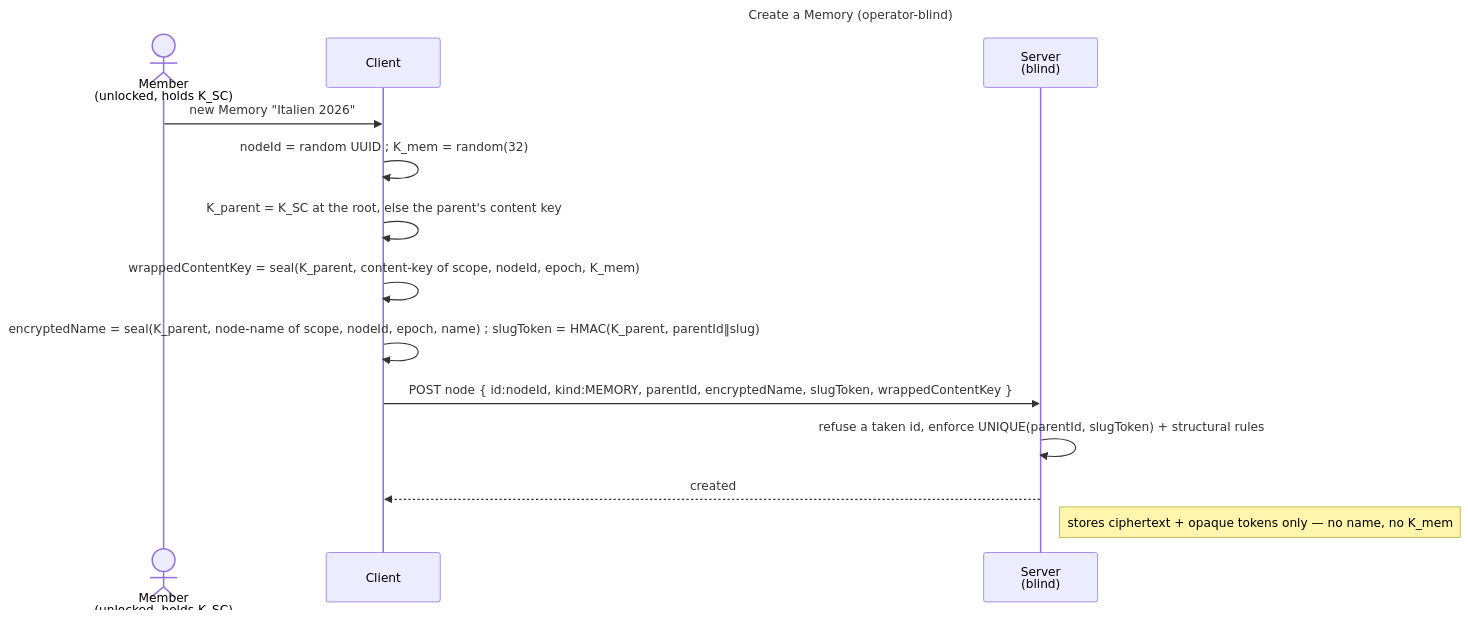
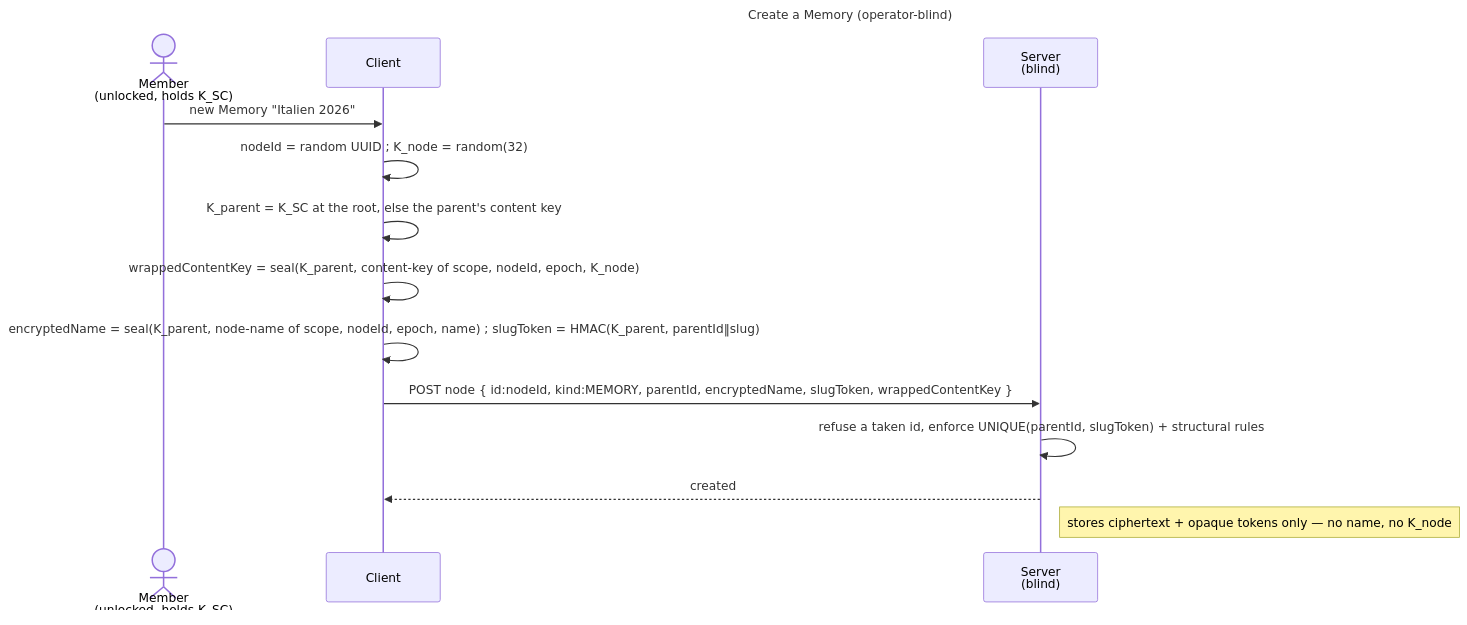
The diagram in docs/features/memory/enablers/en.memory.tree.md (raddatzk/veyq), drawn with Mermaid before and after one commit. The commit also changed other lines of this file and 61 other files, not shown here.

Commit message:
docs: the node content key is K_node in ADRs, use-cases, enablers and coverage (cr-k-mem-becomes-k-node phase 2)

````diff
--- a/docs/features/memory/enablers/en.memory.tree.md
+++ b/docs/features/memory/enablers/en.memory.tree.md
@@ -68,18 +68,18 @@
 ```mermaid
 ---
 title: Create a Memory (operator-blind)
 ---
 sequenceDiagram
   actor U as Member<br>(unlocked, holds K_SC)
   participant C as Client
   participant S as Server<br>(blind)
   U->>C: new Memory "Italien 2026"
-  C->>C: nodeId = random UUID #59; K_mem = random(32)
+  C->>C: nodeId = random UUID #59; K_node = random(32)
   C->>C: K_parent = K_SC at the root, else the parent's content key
-  C->>C: wrappedContentKey = seal(K_parent, content-key of scope, nodeId, epoch, K_mem)
+  C->>C: wrappedContentKey = seal(K_parent, content-key of scope, nodeId, epoch, K_node)
   C->>C: encryptedName = seal(K_parent, node-name of scope, nodeId, epoch, name) #59; slugToken = HMAC(K_parent, parentId‖slug)
   C->>S: POST node { id:nodeId, kind:MEMORY, parentId, encryptedName, slugToken, wrappedContentKey }
   S->>S: refuse a taken id, enforce UNIQUE(parentId, slugToken) + structural rules
   S-->>C: created
-  Note right of S: stores ciphertext + opaque tokens only — no name, no K_mem
+  Note right of S: stores ciphertext + opaque tokens only — no name, no K_node
 ```
````
